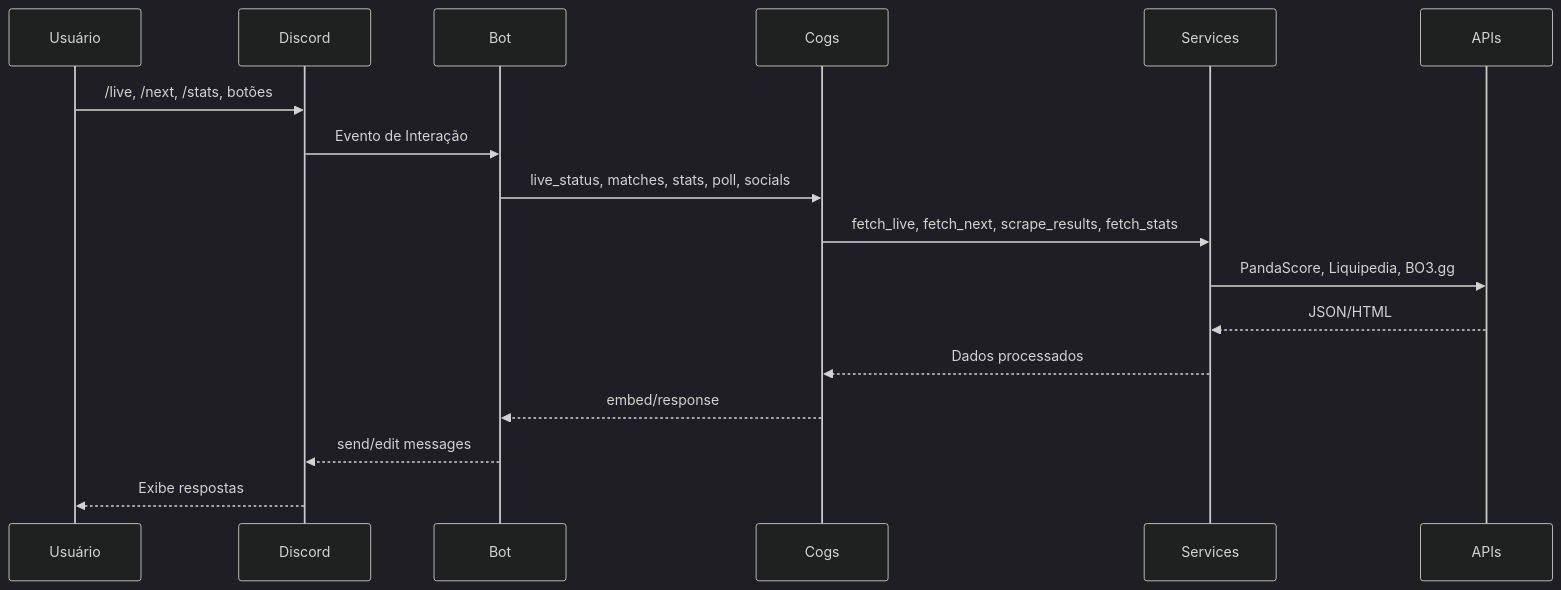
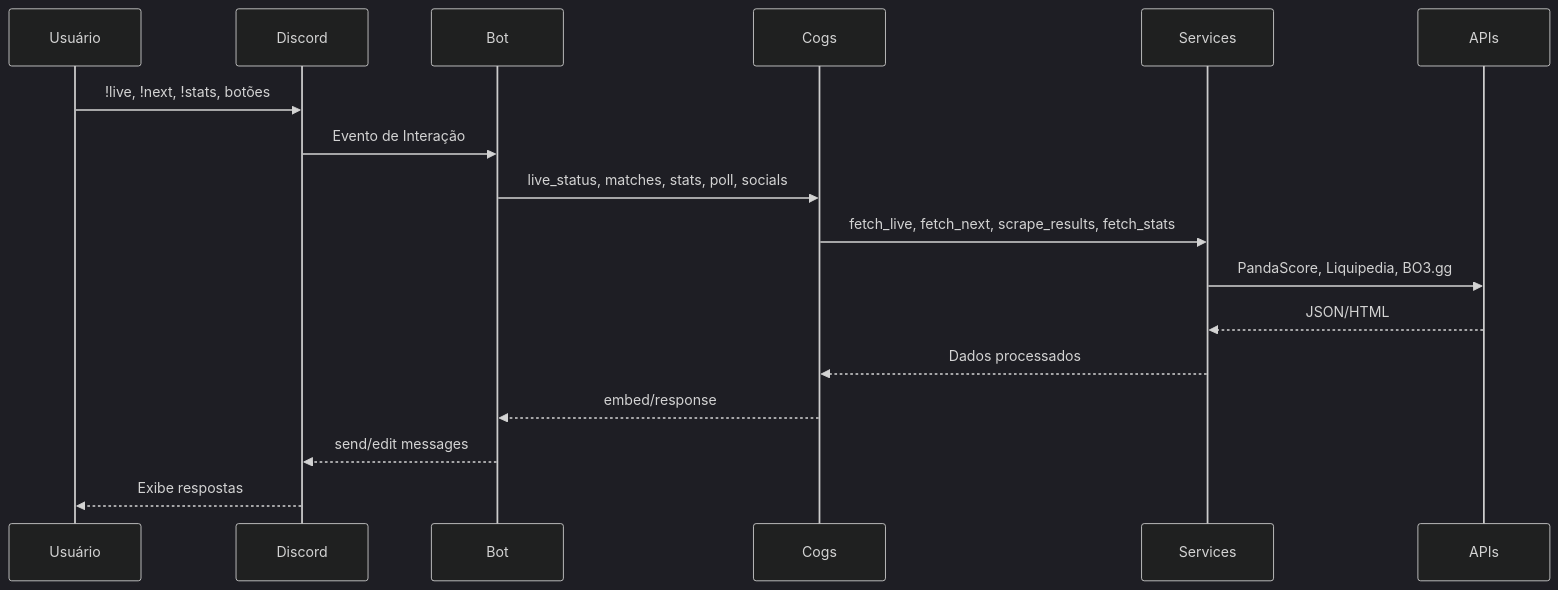
The first of 2 diagrams in README.md (andrefelipebarros/FuriaBot-Discord), drawn with Mermaid (dark theme) before and after one commit. The commit also changed other lines of this file, not shown here.

`````diff
--- a/README.md
+++ b/README.md
@@ -43,20 +43,20 @@
 ```mermaid
 sequenceDiagram
     participant Usuário
     participant Discord
     participant Bot
     participant Cogs
     participant Services
     participant APIs
 
-    Usuário->>Discord: /live, /next, /stats, botões
+    Usuário->>Discord: !live, !next, !stats, botões
     Discord->>Bot: Evento de Interação
     Bot->>Cogs: live_status, matches, stats, poll, socials
     Cogs->>Services: fetch_live, fetch_next, scrape_results, fetch_stats
     Services->>APIs: PandaScore, Liquipedia, BO3.gg
     APIs-->>Services: JSON/HTML
     Services-->>Cogs: Dados processados
     Cogs-->>Bot: embed/response
     Bot-->>Discord: send/edit messages
     Discord-->>Usuário: Exibe respostas
 ````
`````
